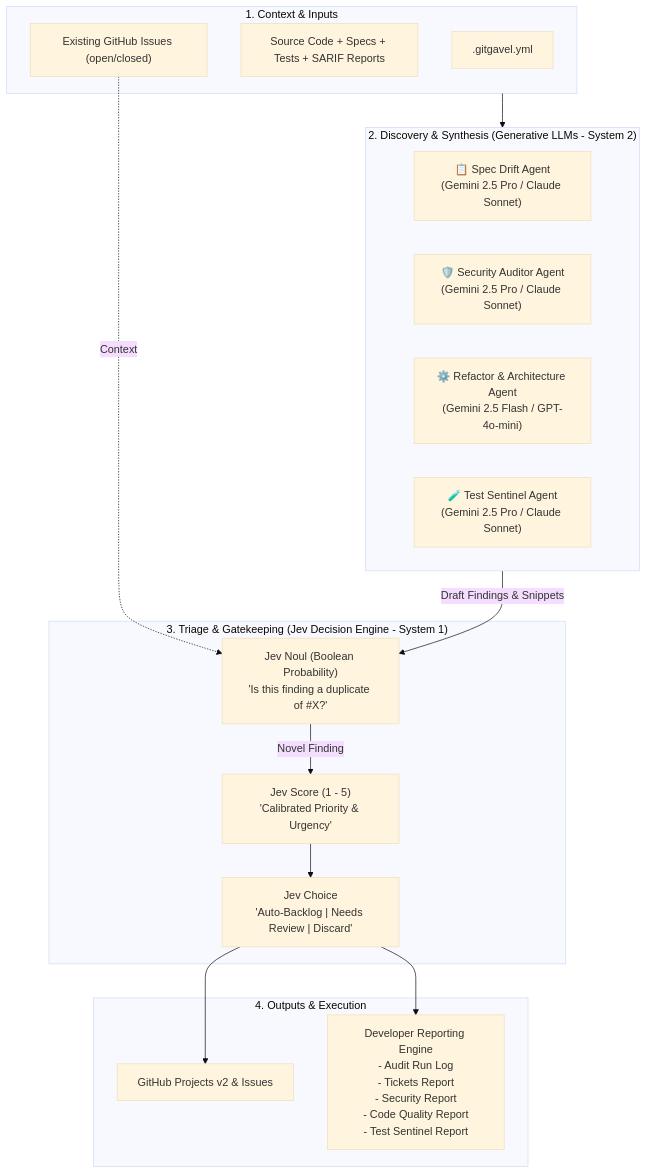
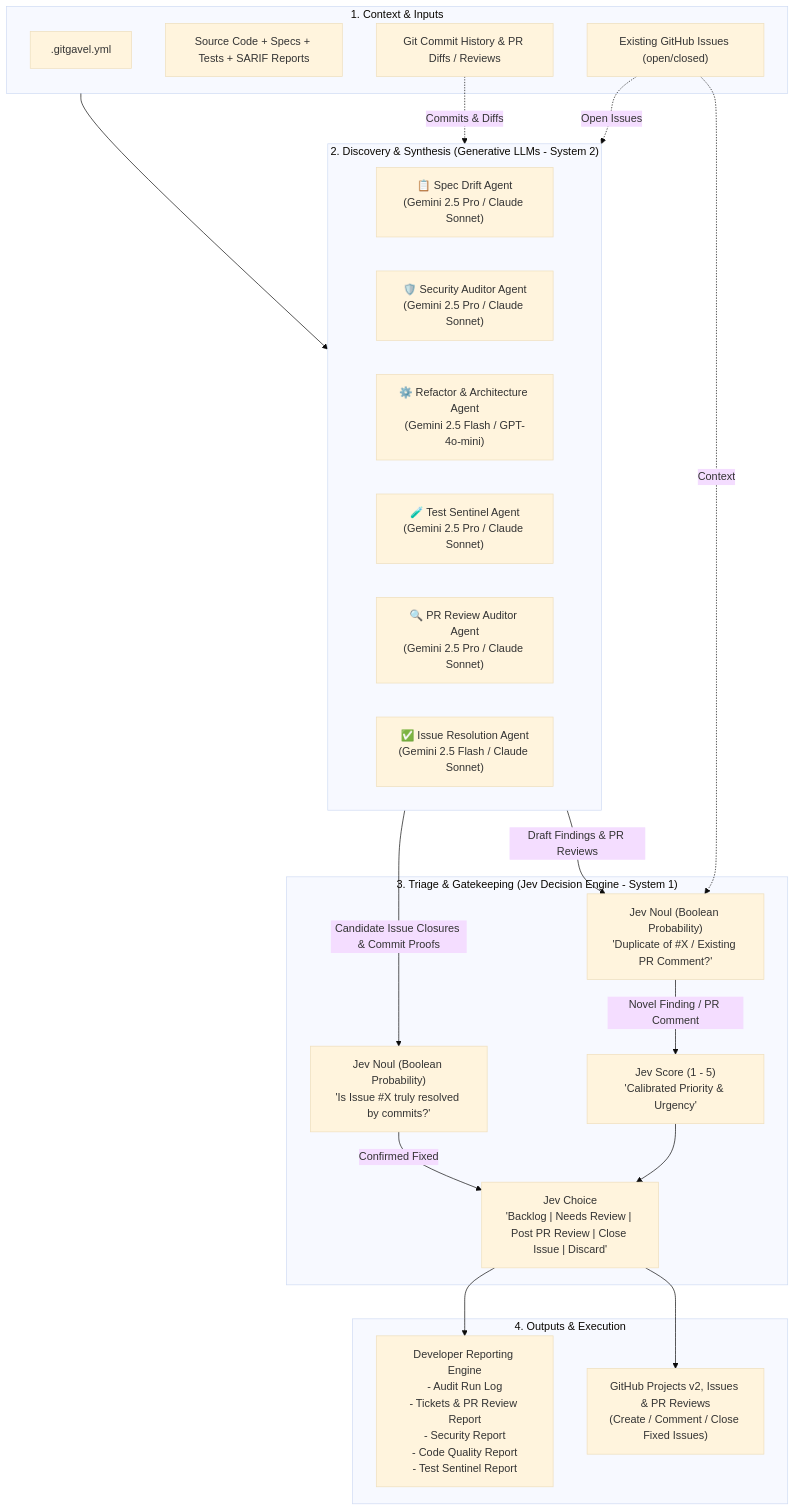
The diagram in SPECIFICATION.md (tyronebramwell/GitGavel), drawn with Mermaid (base theme) before and after one commit. The commit also changed other lines of this file and 42 other files, not shown here.

Commit message:
feat: implement Phases 5-7 (Test Sentinel, PR Review Auditor, and Automated Issue Resolution)

````diff
--- a/SPECIFICATION.md
+++ b/SPECIFICATION.md
@@ -33,36 +35,44 @@
 ```mermaid
 flowchart TD
     subgraph Host ["1. Context & Inputs"]
         Config[".gitgavel.yml"]
         Repo["Source Code + Specs + Tests + SARIF Reports"]
+        GitHistory["Git Commit History & PR Diffs / Reviews"]
         ExistingIssues["Existing GitHub Issues (open/closed)"]
     end
 
     subgraph System2 ["2. Discovery & Synthesis (Generative LLMs - System 2)"]
         SpecAgent["📋 Spec Drift Agent\n(Gemini 2.5 Pro / Claude Sonnet)"]
         SecAgent["🛡️ Security Auditor Agent\n(Gemini 2.5 Pro / Claude Sonnet)"]
         RefactorAgent["⚙️ Refactor & Architecture Agent\n(Gemini 2.5 Flash / GPT-4o-mini)"]
         TestAgent["🧪 Test Sentinel Agent\n(Gemini 2.5 Pro / Claude Sonnet)"]
+        PRAgent["🔍 PR Review Auditor Agent\n(Gemini 2.5 Pro / Claude Sonnet)"]
+        ResolutionAgent["✅ Issue Resolution Agent\n(Gemini 2.5 Flash / Claude Sonnet)"]
     end
 
     subgraph System1 ["3. Triage & Gatekeeping (Jev Decision Engine - System 1)"]
-        JevDedupe["Jev Noul (Boolean Probability)\n'Is this finding a duplicate of #X?'"]
+        JevDedupe["Jev Noul (Boolean Probability)\n'Duplicate of #X / Existing PR Comment?'"]
+        JevVerifyFix["Jev Noul (Boolean Probability)\n'Is Issue #X truly resolved by commits?'"]
         JevScore["Jev Score (1 - 5)\n'Calibrated Priority & Urgency'"]
-        JevRoute["Jev Choice\n'Auto-Backlog | Needs Review | Discard'"]
+        JevRoute["Jev Choice\n'Backlog | Needs Review | Post PR Review | Close Issue | Discard'"]
         
-        JevDedupe -->|Novel Finding| JevScore
+        JevDedupe -->|Novel Finding / PR Comment| JevScore
+        JevVerifyFix -->|Confirmed Fixed| JevRoute
         JevScore --> JevRoute
     end
 
     subgraph Targets ["4. Outputs & Execution"]
-        GH_Projects["GitHub Projects v2 & Issues"]
-        ReportsEngine["Developer Reporting Engine\n- Audit Run Log\n- Tickets Report\n- Security Report\n- Code Quality Report\n- Test Sentinel Report"]
+        GH_Projects["GitHub Projects v2, Issues & PR Reviews\n(Create / Comment / Close Fixed Issues)"]
+        ReportsEngine["Developer Reporting Engine\n- Audit Run Log\n- Tickets & PR Review Report\n- Security Report\n- Code Quality Report\n- Test Sentinel Report"]
     end
 
     Host --> System2
-    System2 -->|Draft Findings & Snippets| JevDedupe
+    System2 -->|Draft Findings & PR Reviews| JevDedupe
+    System2 -->|Candidate Issue Closures & Commit Proofs| JevVerifyFix
     ExistingIssues -.->|Context| JevDedupe
+    ExistingIssues -.->|Open Issues| System2
+    GitHistory -.->|Commits & Diffs| System2
 
     JevRoute --> GH_Projects
     JevRoute --> ReportsEngine
 ```
````
